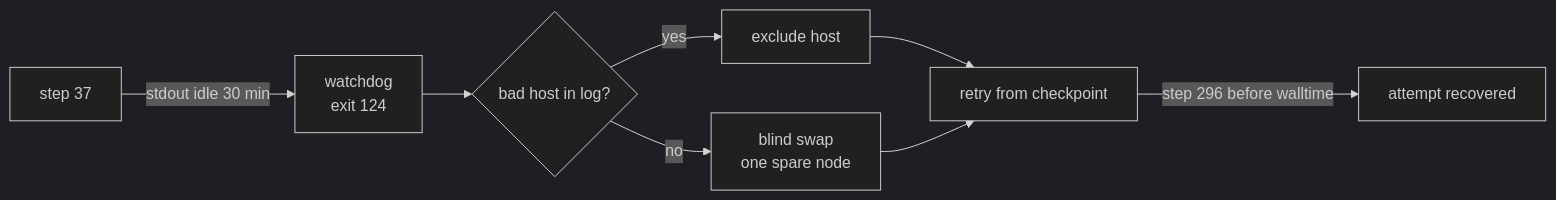
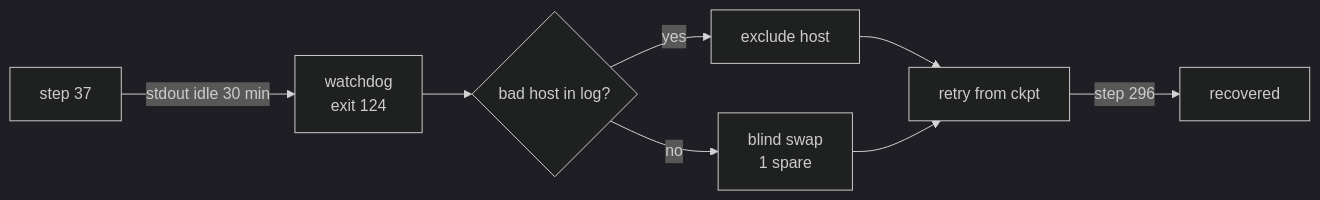
Before and after one commit to saforem2/samf.sh: the second of 2 diagrams in web/src/pages/talks/2026/10/21/index.mdx, drawn with Mermaid (dark theme). The commit also changed other lines of this file and 5 other files, not shown here.

````diff
--- a/web/src/pages/talks/2026/10/21/index.mdx
+++ b/web/src/pages/talks/2026/10/21/index.mdx
@@ -424,10 +296,10 @@
 ```mermaid
 flowchart LR
     TRAIN["step 37"] -->|"stdout idle 30 min"| WATCH["watchdog<br/>exit 124"]
     WATCH --> TRACE{"bad host in log?"}
     TRACE -->|yes| EXCLUDE["exclude host"]
-    TRACE -->|no| SWAP["blind swap<br/>one spare node"]
-    EXCLUDE --> RETRY["retry from checkpoint"]
+    TRACE -->|no| SWAP["blind swap<br/>1 spare"]
+    EXCLUDE --> RETRY["retry from ckpt"]
     SWAP --> RETRY
-    RETRY -->|"step 296 before walltime"| DONE["attempt recovered"]
+    RETRY -->|"step 296"| DONE["recovered"]
 ```
````
